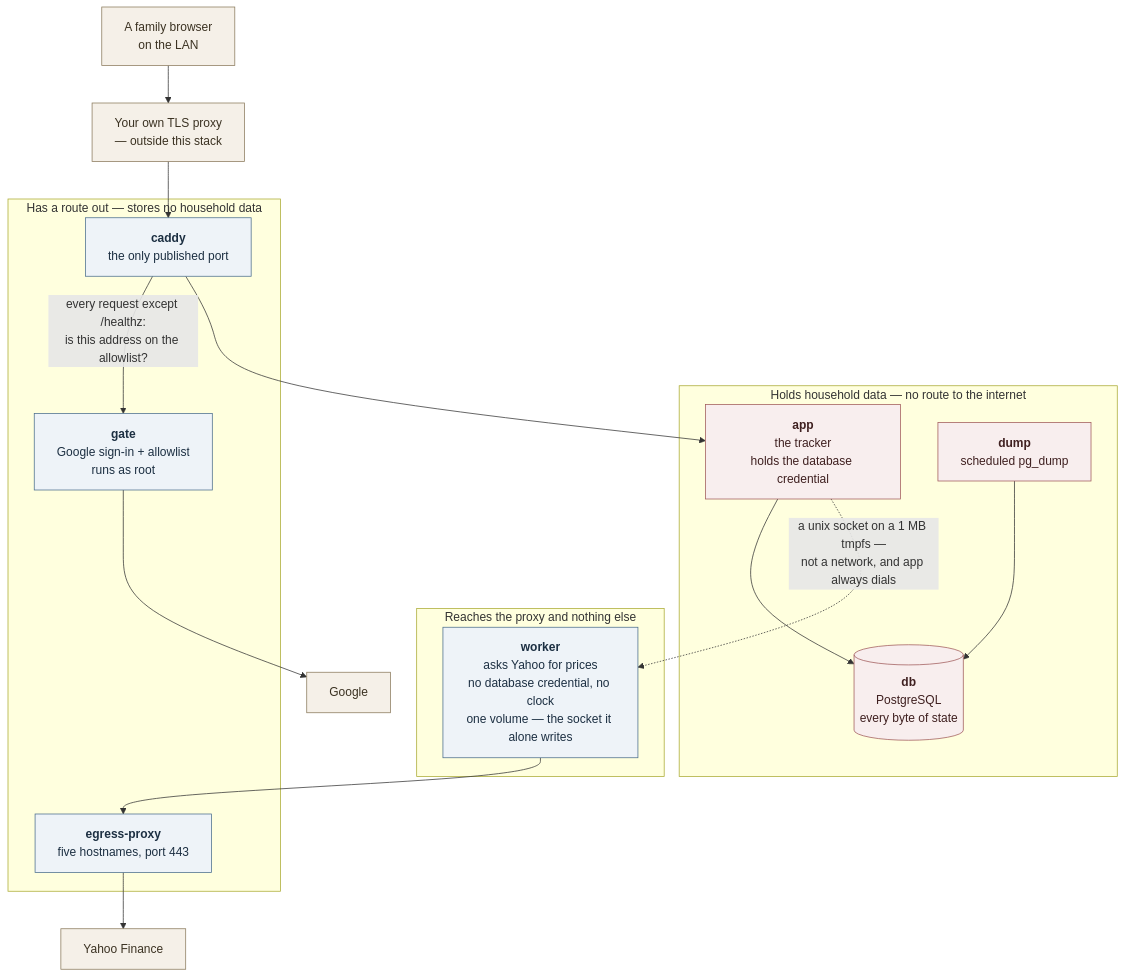
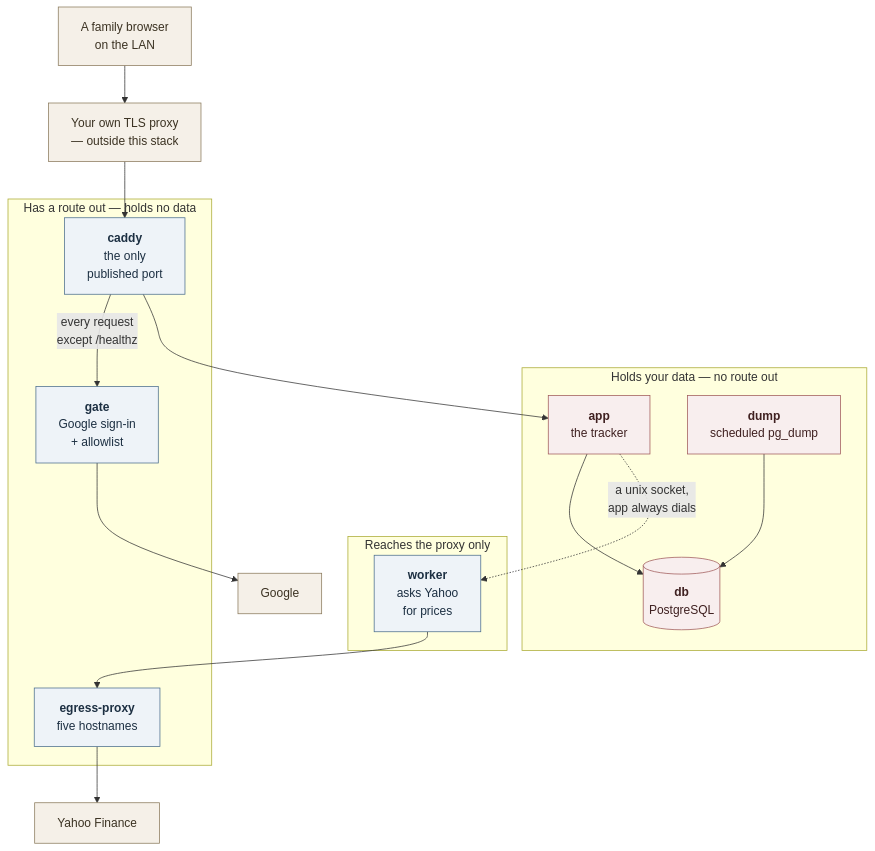
One commit to chethan123/portfolio changed the third of 4 diagrams in docs/security.md. Above: the diagram before and after it, drawn with Mermaid. The commit also changed other lines of this file, not shown here.

First line of the commit message:
Cut fifty lines of restatement, and make the stack diagram readable on a phone

````diff
--- a/docs/security.md
+++ b/docs/security.md
@@ -131,41 +123,41 @@
 ```mermaid
 graph TB
     you["A family browser<br/>on the LAN"]
     house["Your own TLS proxy<br/>— outside this stack"]
 
-    subgraph sealed["Holds household data — no route to the internet"]
-        app["<b>app</b><br/>the tracker<br/>holds the database credential"]
-        db[("<b>db</b><br/>PostgreSQL<br/>every byte of state")]
+    subgraph sealed["Holds your data — no route out"]
+        app["<b>app</b><br/>the tracker"]
+        db[("<b>db</b><br/>PostgreSQL")]
         dump["<b>dump</b><br/>scheduled pg_dump"]
     end
 
-    subgraph lone["Reaches the proxy and nothing else"]
-        worker["<b>worker</b><br/>asks Yahoo for prices<br/>no database credential, no clock<br/>one volume — the socket it alone writes"]
+    subgraph lone["Reaches the proxy only"]
+        worker["<b>worker</b><br/>asks Yahoo<br/>for prices"]
     end
 
-    subgraph out["Has a route out — stores no household data"]
-        caddy["<b>caddy</b><br/>the only published port"]
-        gate["<b>gate</b><br/>Google sign-in + allowlist<br/>runs as root"]
-        proxy["<b>egress-proxy</b><br/>five hostnames, port 443"]
+    subgraph out["Has a route out — holds no data"]
+        caddy["<b>caddy</b><br/>the only<br/>published port"]
+        gate["<b>gate</b><br/>Google sign-in<br/>+ allowlist"]
+        proxy["<b>egress-proxy</b><br/>five hostnames"]
     end
 
     google["Google"]
     yahoo["Yahoo Finance"]
 
     you --> house --> caddy
-    caddy -->|"every request except /healthz:<br/>is this address on the allowlist?"| gate
+    caddy -->|"every request<br/>except /healthz"| gate
     caddy --> app
     app --> db
     dump --> db
-    app -.->|"a unix socket on a 1 MB tmpfs —<br/>not a network, and app always dials"| worker
+    app -.->|"a unix socket,<br/>app always dials"| worker
     worker --> proxy
     gate --> google
     proxy --> yahoo
 
     classDef data fill:#f8eeee,stroke:#a05a5a,color:#3f2020
     classDef svc fill:#eef3f8,stroke:#4a6d8c,color:#1c2f42
     classDef ext fill:#f5f0e8,stroke:#8a7a5c,color:#3b3222
     class app,db,dump data
     class caddy,gate,proxy,worker svc
     class google,yahoo,house,you ext
 ```
````
